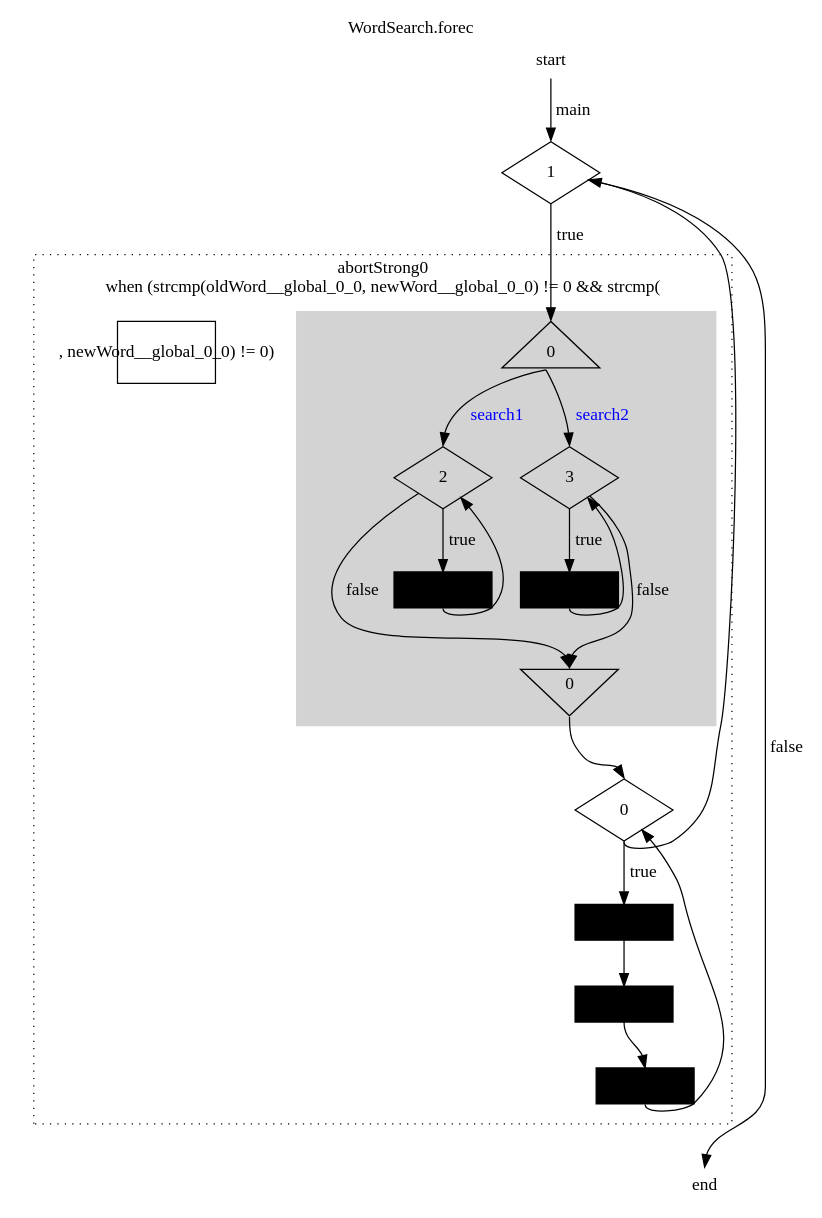
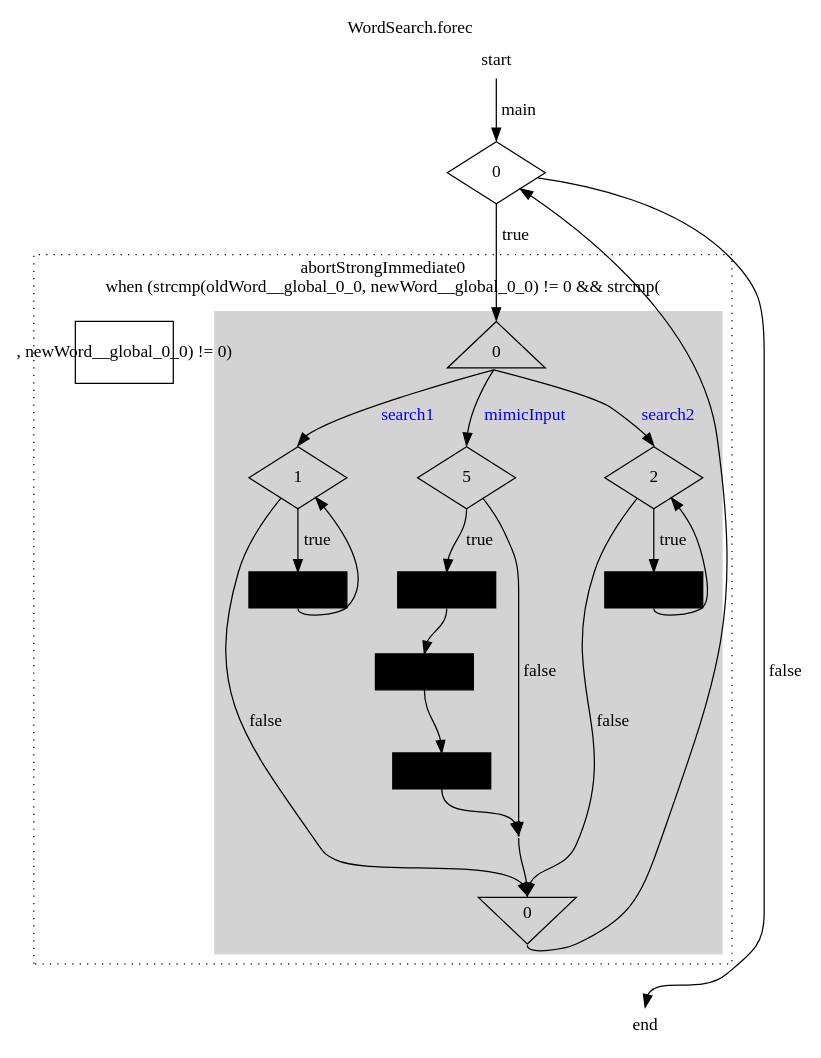
One commit to PRETgroup/ForeC changed the diagram in ForeC Benchmarks/x86/WordSearch/WordSearch.dot. Above: the diagram before and after it, drawn with Graphviz. The commit also changed 39 other files, not shown here.

```diff
--- a/ForeC Benchmarks/x86/WordSearch/WordSearch.dot
+++ b/ForeC Benchmarks/x86/WordSearch/WordSearch.dot
@@ -1,77 +1,81 @@
 digraph "WordSearch" {
 	ordering = out
 
 	labeljust = l
 	node [shape = box, fixedsize = true, height = 0.7, width = 1.1]
 
 	start [shape = plaintext, height = 0.4]
 
-	start -> while_1_0 [label = main, headport = n, tailport = s, weight = 2]
-	subgraph cluster_while_1_0 {
+	start -> for3_0_0 [label = main, headport = n, tailport = s, weight = 2]
+	subgraph cluster_for3_0_0 {
 		style = invis
-		while_1_0 [label = 1, shape = diamond]
-			while_1_0 -> par0_0Start [label = true, headport = n, tailport = s, weight = 2]
-		subgraph cluster_abortStrong0_0 {
+		for3_0_0 [label = 0, shape = diamond]
+			for3_0_0 -> par0_0Start [label = true, headport = n, tailport = s, weight = 2]
+		subgraph cluster_abortStrongImmediate0_0 {
 			color = black
 			style = dotted
 
 			subgraph cluster_par0_0 {
 				style = filled
 				color = lightgrey
 
 				par0_0Start [label = 0, shape = triangle]
 				par0_0End [label = 0, shape = invtriangle]
 
-				par0_0Start -> doWhile_2_0 [label = search1, fontcolor = blue, sametail = 0, headport = n, tailport = s]
-				subgraph cluster_doWhile_2_0 {
+				par0_0Start -> switch5_0Start [label = mimicInput, fontcolor = blue, sametail = 0, headport = n, tailport = s]
+				subgraph cluster_switch5_0 {
 					style = invis
-					doWhile_2_0 [label = 2, shape = diamond]
-					doWhile_2_0 -> pause3_0 [label = true, headport = n, tailport = s, weight = 2]
-					pause3_0 [label = "", shape = box, height = 0.4, style = filled, fillcolor = black]
-					pause3_0 -> doWhile_2_0 [/*headport = w,*/ constraint = false, tailport = s]
+					switch5_0Start [label = 5, shape = diamond]
+					switch5_0Start -> pause0_0 [label = true, headport = n, tailport = s, weight = 2]
+					pause0_0 [label = "", shape = box, height = 0.4, style = filled, fillcolor = black]
+					pause0_0 -> pause1_1 [headport = n, tailport = s]
+					pause1_1 [label = "", shape = box, height = 0.4, style = filled, fillcolor = black]
+					pause1_1 -> pause2_2 [headport = n, tailport = s]
+					pause2_2 [label = "", shape = box, height = 0.4, style = filled, fillcolor = black]
+					pause2_2 -> switch5_0End [headport = n, tailport = s]
+					switch5_0End [label = 5, shape = point, width = 0.01]
+					switch5_0Start -> switch5_0End [label = false, headport = n/*, tailport = e*/]
 				}
-				doWhile_2_0 -> par0_0End [label = false, headport = n/*, tailport = e*/]
+				switch5_0End -> par0_0End [headport = n, tailport = s]
 
-				par0_0Start -> doWhile_3_3 [label = search2, fontcolor = blue, sametail = 0, headport = n, tailport = s]
-				subgraph cluster_doWhile_3_3 {
+				par0_0Start -> doWhile_1_5 [label = search1, fontcolor = blue, sametail = 0, headport = n, tailport = s]
+				subgraph cluster_doWhile_1_5 {
 					style = invis
-					doWhile_3_3 [label = 3, shape = diamond]
-					doWhile_3_3 -> pause4_3 [label = true, headport = n, tailport = s, weight = 2]
-					pause4_3 [label = "", shape = box, height = 0.4, style = filled, fillcolor = black]
-					pause4_3 -> doWhile_3_3 [/*headport = w,*/ constraint = false, tailport = s]
+					doWhile_1_5 [label = 1, shape = diamond]
+					doWhile_1_5 -> pause3_5 [label = true, headport = n, tailport = s, weight = 2]
+					pause3_5 [label = "", shape = box, height = 0.4, style = filled, fillcolor = black]
+					pause3_5 -> doWhile_1_5 [/*headport = w,*/ constraint = false, tailport = s]
 				}
-				doWhile_3_3 -> par0_0End [label = false, headport = n/*, tailport = e*/]
+				doWhile_1_5 -> par0_0End [label = false, headport = n/*, tailport = e*/]
+
+				par0_0Start -> doWhile_2_8 [label = search2, fontcolor = blue, sametail = 0, headport = n, tailport = s]
+				subgraph cluster_doWhile_2_8 {
+					style = invis
+					doWhile_2_8 [label = 2, shape = diamond]
+					doWhile_2_8 -> pause4_8 [label = true, headport = n, tailport = s, weight = 2]
+					pause4_8 [label = "", shape = box, height = 0.4, style = filled, fillcolor = black]
+					pause4_8 -> doWhile_2_8 [/*headport = w,*/ constraint = false, tailport = s]
+				}
+				doWhile_2_8 -> par0_0End [label = false, headport = n/*, tailport = e*/]
 			}
 			{
 				edge[style = invis]
-				par0_0Start -> {doWhile_2_0 doWhile_3_3}
-				{pause3_0 pause4_3} -> par0_0End
+				par0_0Start -> {switch5_0Start doWhile_1_5 doWhile_2_8}
+				{switch5_0End pause3_5 pause4_8} -> par0_0End
 			}
-			par0_0End -> while_0_7 [headport = n, tailport = s]
-			subgraph cluster_while_0_7 {
-				style = invis
-				while_0_7 [label = 0, shape = diamond]
-				while_0_7 -> pause0_7 [label = true, headport = n, tailport = s, weight = 2]
-				pause0_7 [label = "", shape = box, height = 0.4, style = filled, fillcolor = black]
-				pause0_7 -> pause1_8 [headport = n, tailport = s]
-				pause1_8 [label = "", shape = box, height = 0.4, style = filled, fillcolor = black]
-				pause1_8 -> pause2_9 [headport = n, tailport = s]
-				pause2_9 [label = "", shape = box, height = 0.4, style = filled, fillcolor = black]
-				pause2_9 -> while_0_7 [/*headport = w,*/ constraint = false, tailport = s]
-			}
-			label = "abortStrong0\nwhen (strcmp(oldWord__global_0_0, newWord__global_0_0) != 0 && strcmp("", newWord__global_0_0) != 0)"
+			label = "abortStrongImmediate0\nwhen (strcmp(oldWord__global_0_0, newWord__global_0_0) != 0 && strcmp("", newWord__global_0_0) != 0)"
 		}
-		while_0_7 -> while_1_0 [/*headport = w,*/ constraint = false, tailport = s]
+		par0_0End -> for3_0_0 [/*headport = w,*/ constraint = false, tailport = s]
 	}
-	while_1_0 -> end [label = false, headport = n/*, tailport = e*/]
+	for3_0_0 -> end [label = false, headport = n/*, tailport = e*/]
 
 	end [shape = plaintext, height = 0.4]
 	{
 		edge[style = invis]
-		start -> while_1_0
-		pause2_9 -> end
+		start -> for3_0_0
+		par0_0End -> end
 	}
 	label = "WordSearch.forec"
 	labelloc = t
 	labeljust = c
 }
```
